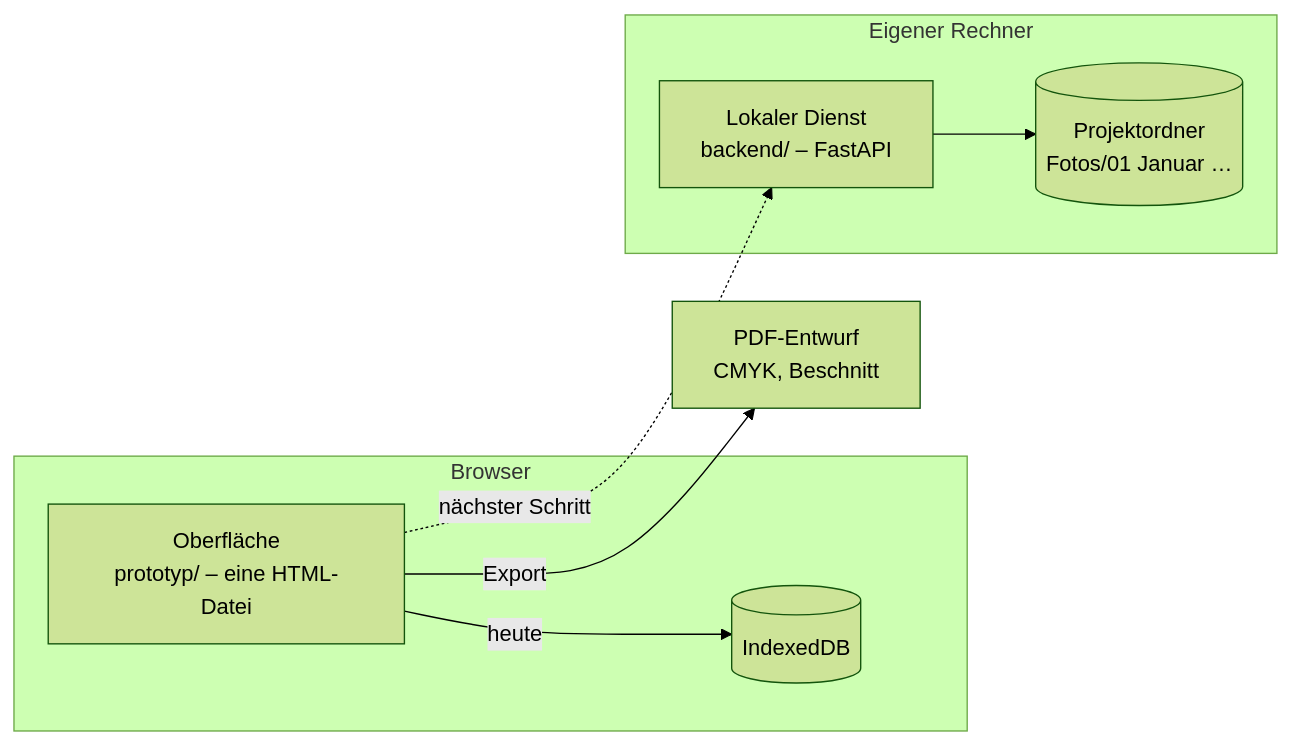
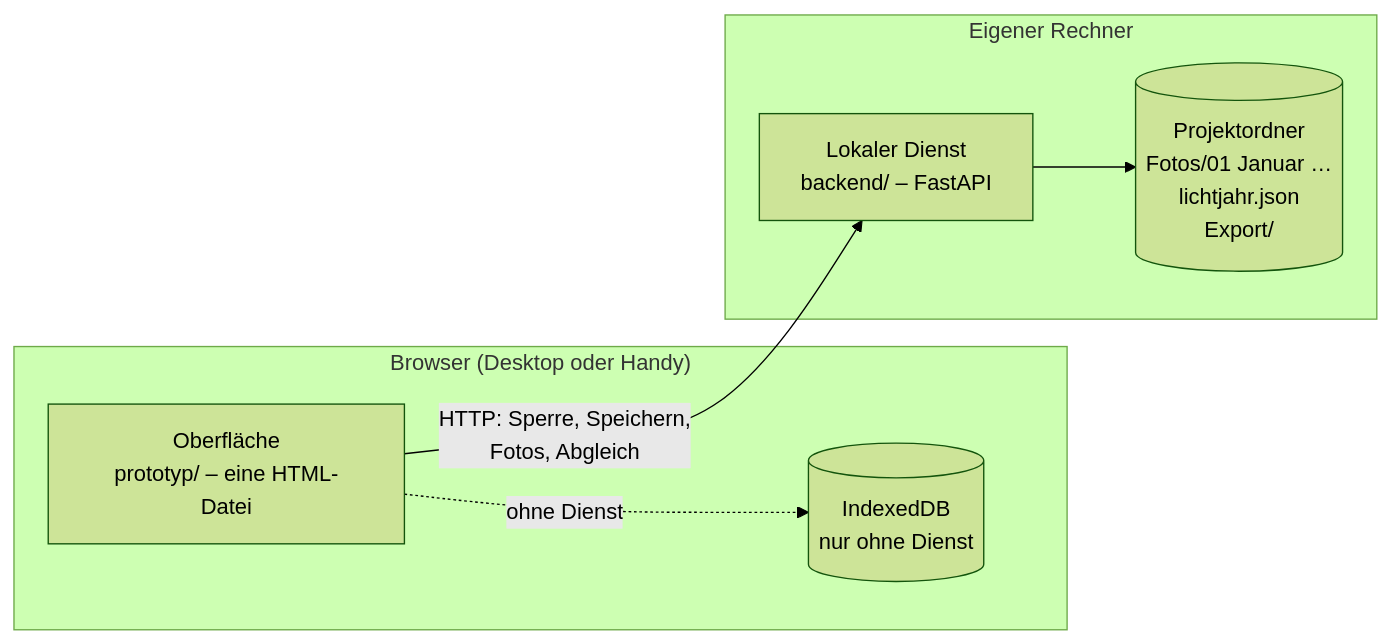
The diagram in README.md (jo-tud/Lichtjahr), drawn with Mermaid (forest theme) before and after one commit. The commit also changed other lines of this file and 31 other files, not shown here.

````diff
--- a/README.md
+++ b/README.md
@@ -199,15 +202,14 @@
 ```mermaid
 flowchart LR
-  subgraph Browser
+  subgraph Browser["Browser (Desktop oder Handy)"]
     UI["Oberfläche<br/>prototyp/ – eine HTML-Datei"]
-    IDB[("IndexedDB")]
+    IDB[("IndexedDB<br/>nur ohne Dienst")]
   end
   subgraph Rechner["Eigener Rechner"]
     API["Lokaler Dienst<br/>backend/ – FastAPI"]
-    DIR[("Projektordner<br/>Fotos/01 Januar …")]
+    DIR[("Projektordner<br/>Fotos/01 Januar …<br/>lichtjahr.json<br/>Export/")]
   end
-  UI -- heute --> IDB
-  UI -. nächster Schritt .-> API
+  UI -- "HTTP: Sperre, Speichern,<br/>Fotos, Abgleich" --> API
+  UI -. ohne Dienst .-> IDB
   API --> DIR
-  UI -- Export --> PDF["PDF-Entwurf<br/>CMYK, Beschnitt"]
 ```
````
